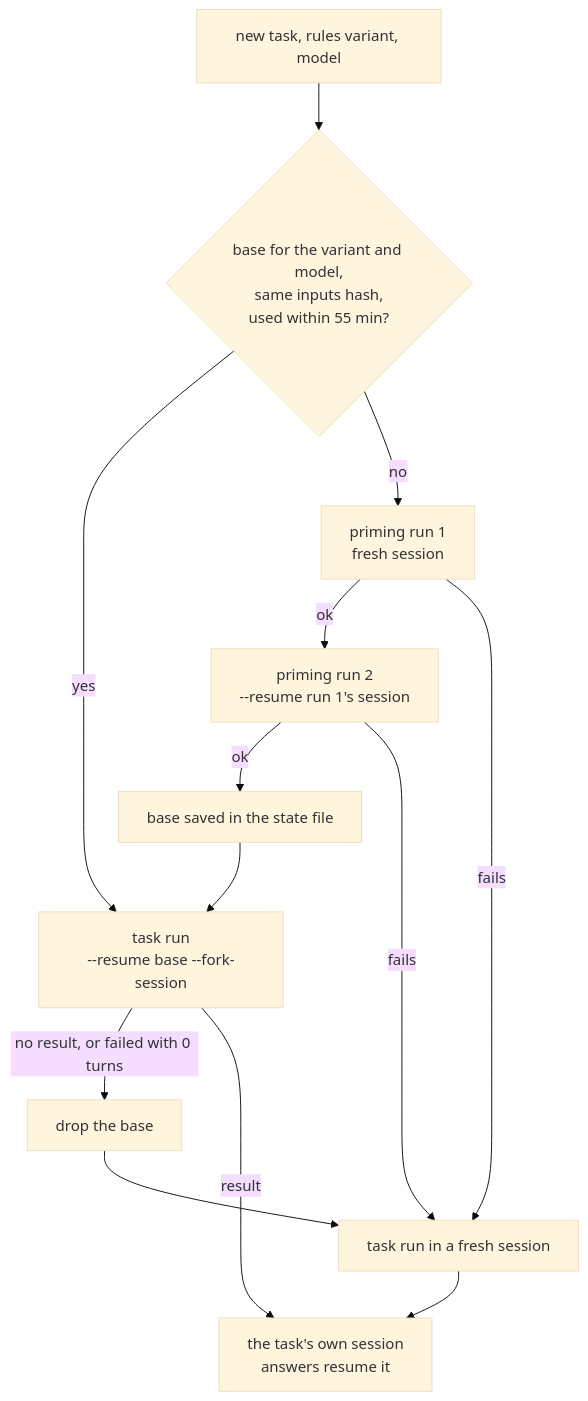
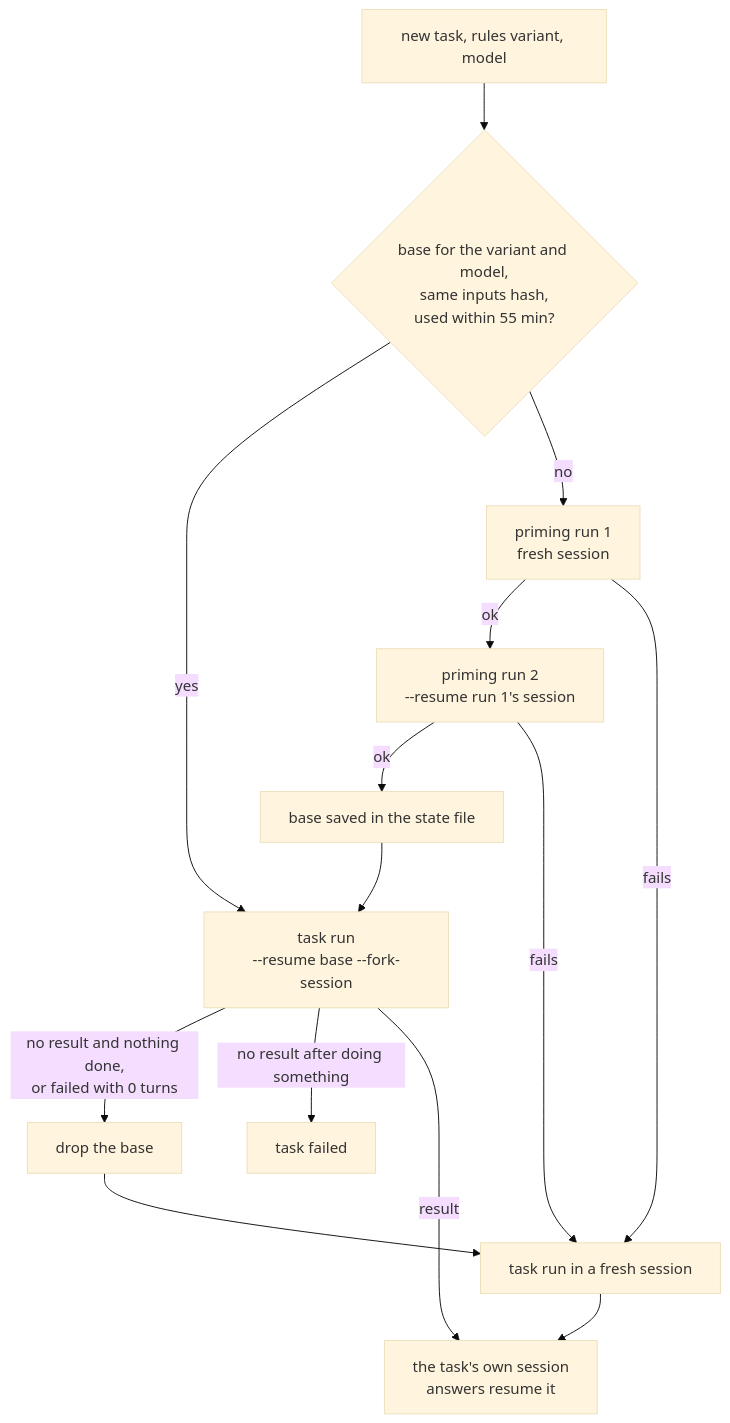
The eighth of 8 diagrams in docs/architecture/AGENT_BUS.md (bwks/sherpa), drawn with Mermaid (base theme) before and after one commit. The commit also changed other lines of this file and 15 other files, not shown here.

````diff
--- a/docs/architecture/AGENT_BUS.md
+++ b/docs/architecture/AGENT_BUS.md
@@ -694,15 +795,16 @@
 ```mermaid
 flowchart TD
     task["new task, rules variant, model"] --> check{"base for the variant and model,<br/>same inputs hash,<br/>used within 55 min?"}
     check -->|yes| fork
     check -->|no| p1["priming run 1<br/>fresh session"]
     p1 -->|ok| p2["priming run 2<br/>--resume run 1's session"]
     p2 -->|ok| save["base saved in the state file"]
     save --> fork["task run<br/>--resume base --fork-session"]
     p1 -->|fails| fresh["task run in a fresh session"]
     p2 -->|fails| fresh
-    fork -->|no result, or failed with 0 turns| drop["drop the base"]
+    fork -->|"no result and nothing done,<br/>or failed with 0 turns"| drop["drop the base"]
+    fork -->|"no result after doing something"| failed["task failed"]
     drop --> fresh
     fork -->|result| own["the task's own session<br/>answers resume it"]
     fresh --> own
 ```
````
